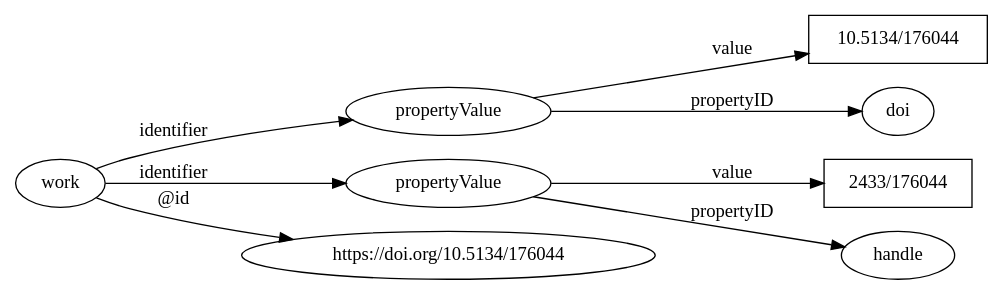
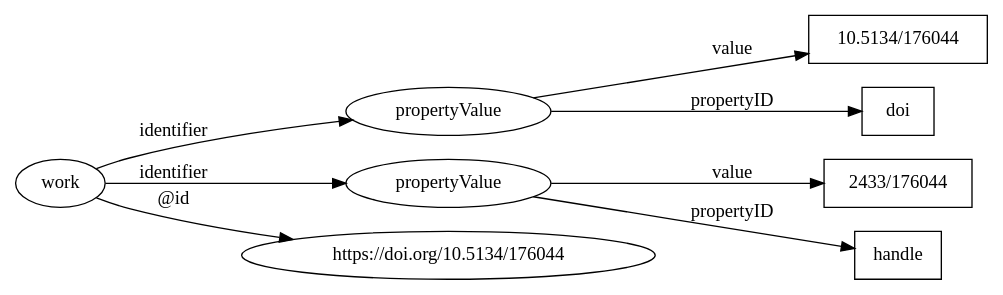
Before and after one commit to rdmpage/ozymandias-demo: the diagram in manuscript/identifiers.dot, drawn with Graphviz. The commit also changed 17 other files, not shown here.

```diff
--- a/manuscript/identifiers.dot
+++ b/manuscript/identifiers.dot
@@ -1,23 +1,26 @@
 digraph G {
 
 rankdir=LR;
 
 	propertyValue1 [label="propertyValue"] ;
 	propertyValue2 [label="propertyValue"] ;
  
- value1 [label="10.5134/176044",shape=box] ;
+  value1 [label="10.5134/176044",shape=box] ;
   value2 [label="2433/176044",shape=box] ;
+  
+  id1 [label="doi",shape=box];
+  id2 [label="handle",shape=box];
  
  work -> "https://doi.org/10.5134/176044" [label = "@id"];
 
  work -> propertyValue1 [label="identifier"];
  propertyValue1 -> value1 [label="value"];
- propertyValue1 -> "doi" [label="propertyID"];
+ propertyValue1 -> id1 [label="propertyID"];
  
 
  work -> propertyValue2 [label="identifier"];
  propertyValue2 -> value2 [label="value"];
- propertyValue2 -> "handle" [label="propertyID"];
+ propertyValue2 -> id2 [label="propertyID"];
  
 
 }
```
